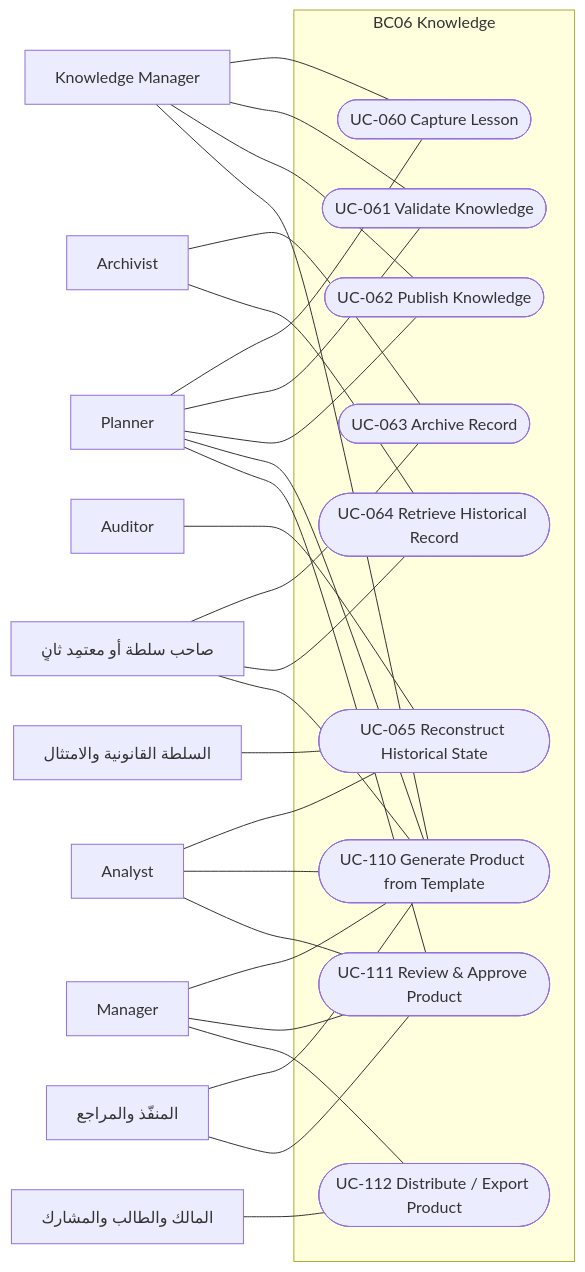
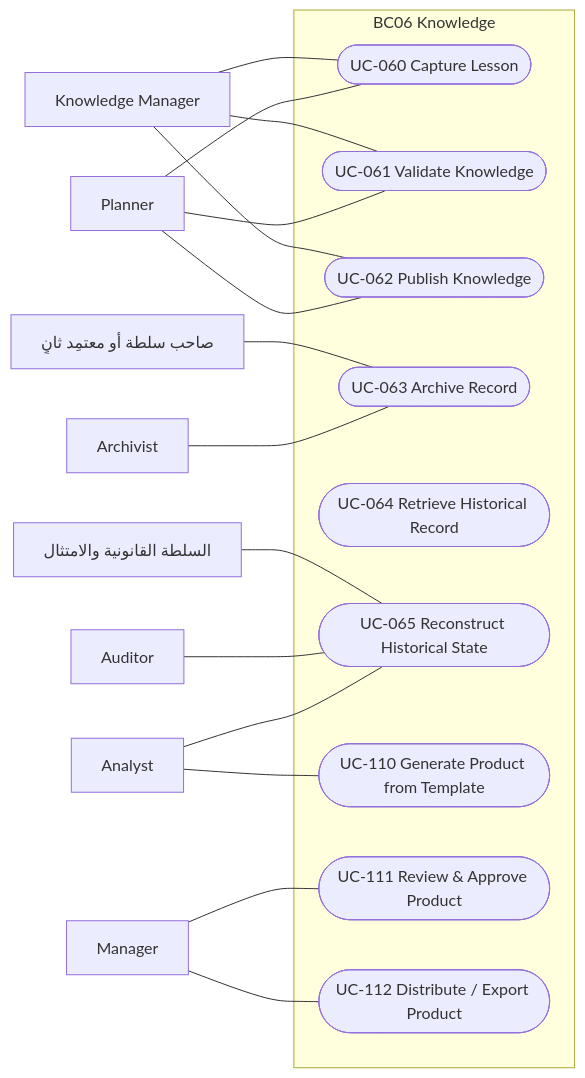
The sixth of 8 diagrams in spec/18-analysis-design/04-use-cases.md (Ayoubkhattab/Planing), drawn with Mermaid before and after one commit. The commit also changed other lines of this file and 9 other files, not shown here.

````diff
--- a/spec/18-analysis-design/04-use-cases.md
+++ b/spec/18-analysis-design/04-use-cases.md
@@ -391,49 +344,36 @@
 ```mermaid
 flowchart LR
   ACT_02["Manager"]
   ACT_03["Planner"]
   ACT_04["Analyst"]
   ACT_11["Knowledge Manager"]
   ACT_12["Archivist"]
   ACT_14["Auditor"]
   AUTH_GRANT["صاحب سلطة أو معتمِد ثانٍ"]
   AUTH_LEGAL["السلطة القانونية والامتثال"]
-  REL_OWNER["المالك والطالب والمشارك"]
-  REL_TASK["المنفّذ والمراجع"]
   subgraph BC06["BC06 Knowledge"]
     UC060(["UC-060 Capture Lesson"])
     UC061(["UC-061 Validate Knowledge"])
     UC062(["UC-062 Publish Knowledge"])
     UC063(["UC-063 Archive Record"])
     UC064(["UC-064 Retrieve Historical Record"])
     UC065(["UC-065 Reconstruct Historical State"])
     UC110(["UC-110 Generate Product from Template"])
     UC111(["UC-111 Review & Approve Product"])
     UC112(["UC-112 Distribute / Export Product"])
   end
   ACT_03 --- UC060
   ACT_11 --- UC060
   ACT_03 --- UC061
   ACT_11 --- UC061
   ACT_03 --- UC062
   ACT_11 --- UC062
   ACT_12 --- UC063
   AUTH_GRANT --- UC063
-  ACT_12 --- UC064
-  AUTH_GRANT --- UC064
   ACT_04 --- UC065
   ACT_14 --- UC065
   AUTH_LEGAL --- UC065
-  ACT_02 --- UC110
-  ACT_03 --- UC110
   ACT_04 --- UC110
-  ACT_11 --- UC110
-  AUTH_GRANT --- UC110
-  REL_TASK --- UC110
   ACT_02 --- UC111
-  ACT_03 --- UC111
-  ACT_04 --- UC111
-  REL_TASK --- UC111
   ACT_02 --- UC112
-  REL_OWNER --- UC112
 ```
````
